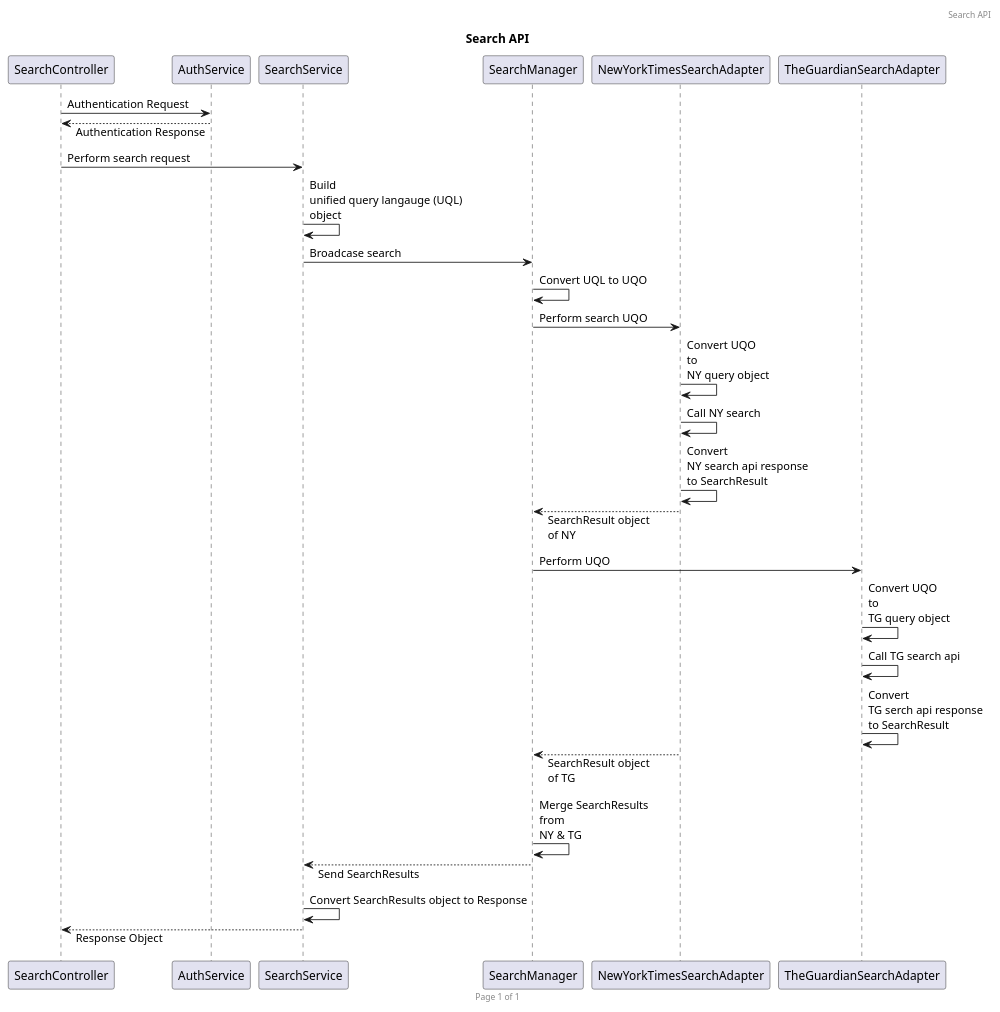
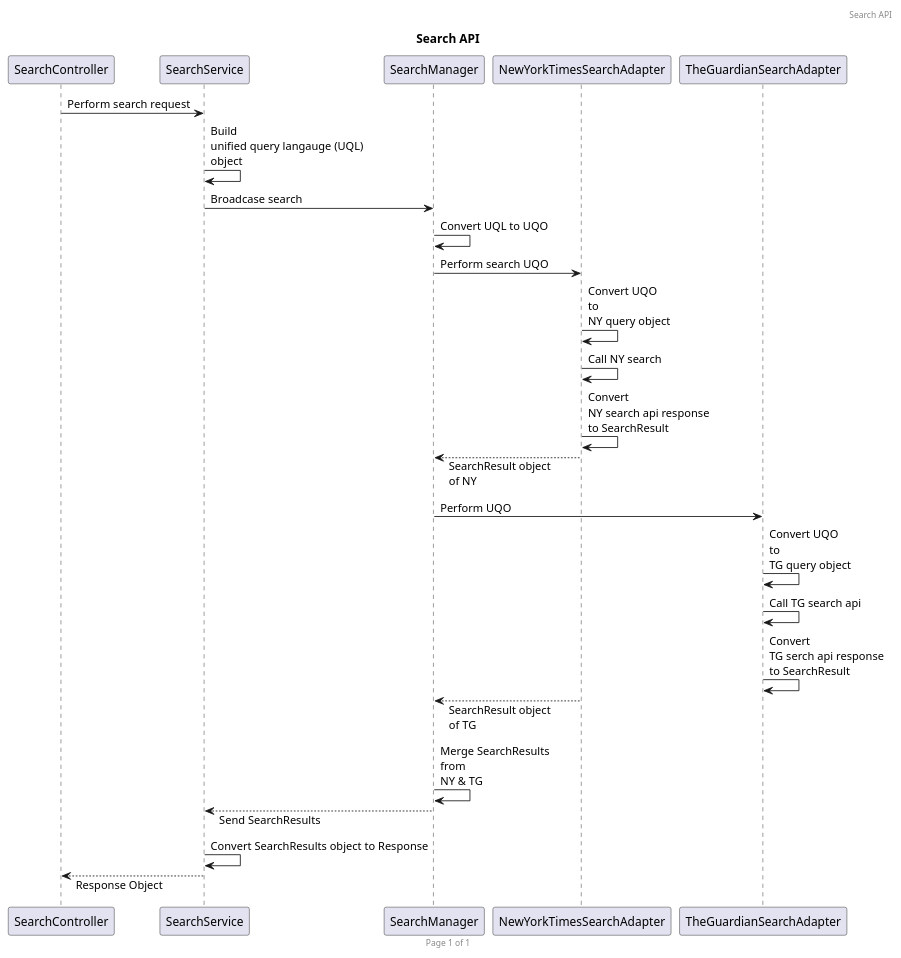
One commit to amit-jha/sample-repo-1 changed the diagram in HELP.md. Above: the diagram before and after it, drawn with PlantUML. The commit also changed 2 other files, not shown here.

````diff
--- a/HELP.md
+++ b/HELP.md
@@ -5,37 +5,33 @@
 ```puml
 @startuml
 header Search API
 footer Page %page% of %lastpage%
 
 title Search API
 skinparam responseMessageBelowArrow true
-
-
-SearchController -> AuthService: Authentication Request
-SearchController <-- AuthService: Authentication Response
 
 SearchController -> SearchService: Perform search request
 SearchService -> SearchService: Build \nunified query langauge (UQL) \nobject
 SearchService -> SearchManager: Broadcase search
 SearchManager -> SearchManager: Convert UQL to UQO
 
 SearchManager -> NewYorkTimesSearchAdapter: Perform search UQO
 NewYorkTimesSearchAdapter -> NewYorkTimesSearchAdapter: Convert UQO \nto \nNY query object
 NewYorkTimesSearchAdapter -> NewYorkTimesSearchAdapter: Call NY search
 NewYorkTimesSearchAdapter -> NewYorkTimesSearchAdapter: Convert \nNY search api response \nto SearchResult
 SearchManager <-- NewYorkTimesSearchAdapter: SearchResult object \nof NY
 
 SearchManager -> TheGuardianSearchAdapter: Perform UQO
 TheGuardianSearchAdapter -> TheGuardianSearchAdapter: Convert UQO \nto \nTG query object
 TheGuardianSearchAdapter -> TheGuardianSearchAdapter: Call TG search api
 TheGuardianSearchAdapter -> TheGuardianSearchAdapter: Convert \nTG serch api response \nto SearchResult
 SearchManager <-- NewYorkTimesSearchAdapter: SearchResult object \nof TG
 
 SearchManager -> SearchManager: Merge SearchResults \nfrom \nNY & TG
 SearchService <-- SearchManager: Send SearchResults
 
 SearchService -> SearchService: Convert SearchResults object to Response
 SearchController <-- SearchService: Response Object
 
 @enduml
 ```
````
